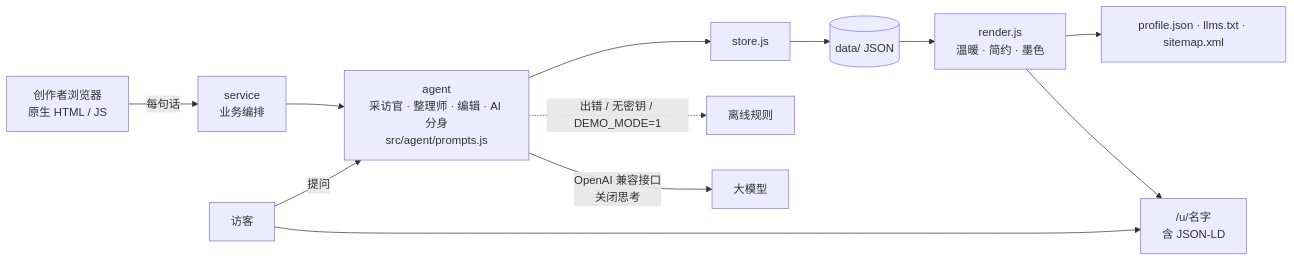
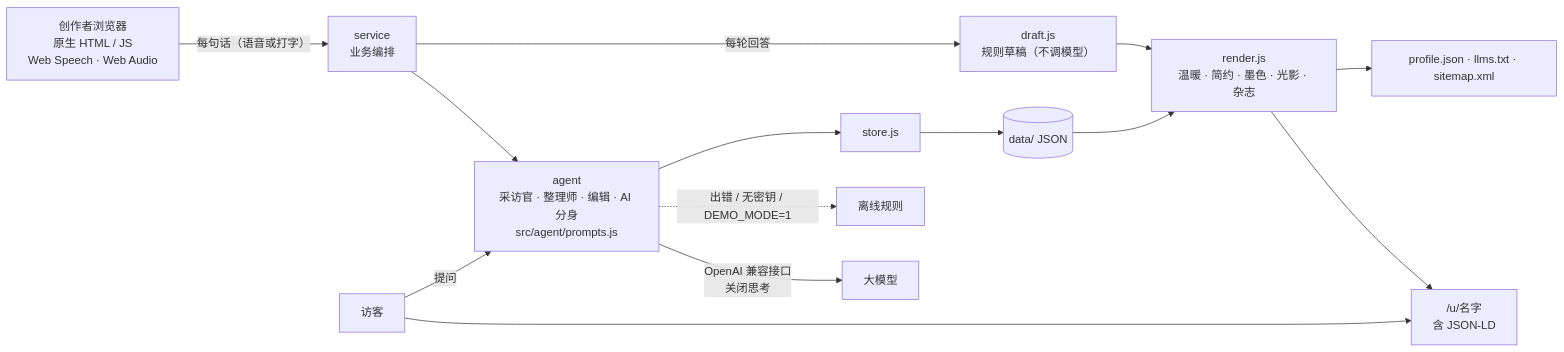
The diagram in docs/项目介绍书.md (123Daved/qimeng-shiguang), drawn with Mermaid before and after one commit. The commit also changed other lines of this file and 50 other files, not shown here.

````diff
--- a/docs/项目介绍书.md
+++ b/docs/项目介绍书.md
@@ -52,14 +52,16 @@
 ```mermaid
 flowchart LR
-  U["创作者浏览器<br/>原生 HTML / JS"] -->|"每句话"| S["service<br/>业务编排"]
+  U["创作者浏览器<br/>原生 HTML / JS<br/>Web Speech · Web Audio"] -->|"每句话（语音或打字）"| S["service<br/>业务编排"]
   S --> AG["agent<br/>采访官 · 整理师 · 编辑 · AI 分身<br/>src/agent/prompts.js"]
   AG -->|"OpenAI 兼容接口<br/>关闭思考"| LLM["大模型"]
   AG -.->|"出错 / 无密钥 / DEMO_MODE=1"| OFF["离线规则"]
   AG --> ST["store.js"]
   ST --> D[("data/ JSON")]
-  D --> R["render.js<br/>温暖 · 简约 · 墨色"]
+  S -->|"每轮回答"| DR["draft.js<br/>规则草稿（不调模型）"]
+  DR --> R
+  D --> R["render.js<br/>温暖 · 简约 · 墨色 · 光影 · 杂志"]
   R --> H["/u/名字<br/>含 JSON-LD"]
   R --> M["profile.json · llms.txt · sitemap.xml"]
   V["访客"] --> H
   V -->|"提问"| AG
 ```
````
